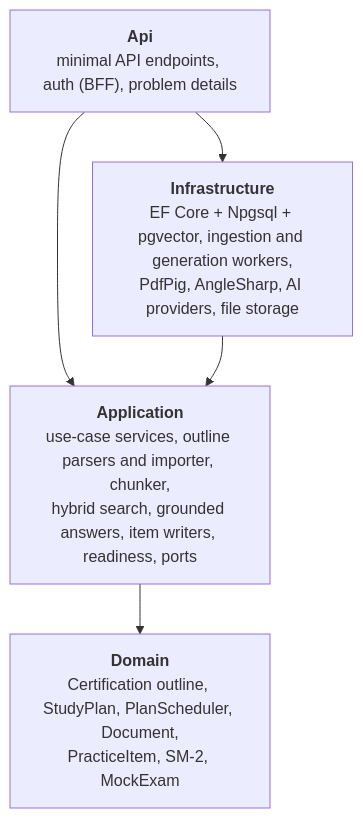
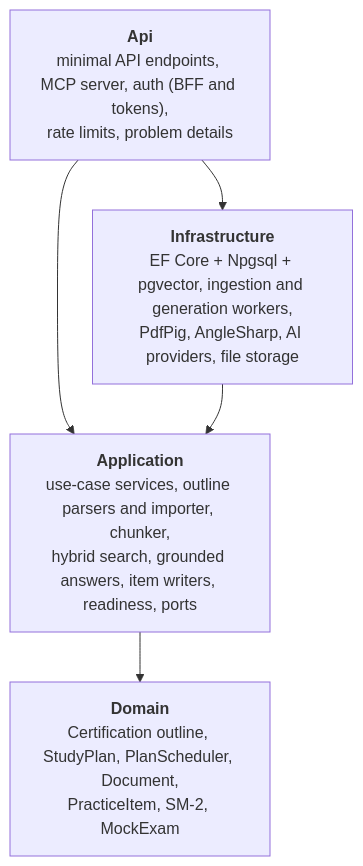
The second of 3 diagrams in README.md (gn02ash/cert-coach), drawn with Mermaid before and after one commit. The commit also changed other lines of this file and 1 other file, not shown here.

````diff
--- a/README.md
+++ b/README.md
@@ -139,12 +149,12 @@
 ```mermaid
 flowchart TB
-    Api["<b>Api</b><br/>minimal API endpoints, auth (BFF), problem details"]
+    Api["<b>Api</b><br/>minimal API endpoints, MCP server, auth (BFF and tokens),<br/>rate limits, problem details"]
     Infrastructure["<b>Infrastructure</b><br/>EF Core + Npgsql + pgvector, ingestion and generation workers,<br/>PdfPig, AngleSharp, AI providers, file storage"]
     Application["<b>Application</b><br/>use-case services, outline parsers and importer, chunker,<br/>hybrid search, grounded answers, item writers, readiness, ports"]
     Domain["<b>Domain</b><br/>Certification outline, StudyPlan, PlanScheduler, Document,<br/>PracticeItem, SM-2, MockExam"]
 
     Api --> Application
     Api --> Infrastructure
     Infrastructure --> Application
     Application --> Domain
 ```
````
